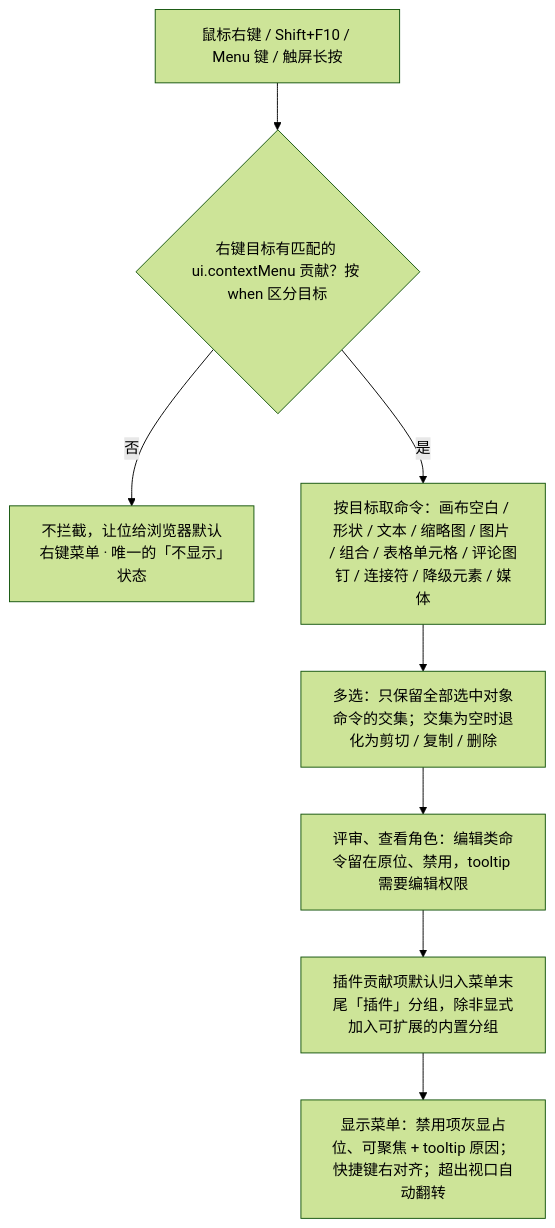
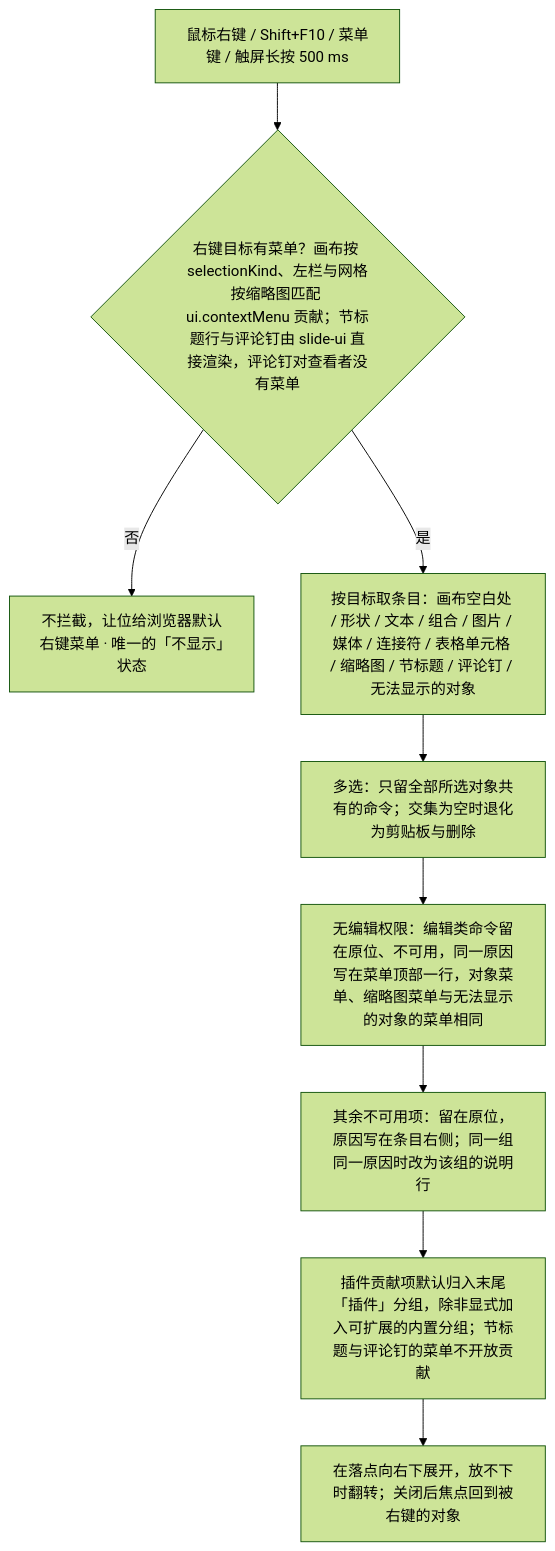
Before and after one commit to Xeonice/cordis-ppt-editor: the diagram in docs/20-design/03-screens/05-context-menu.md, drawn with Mermaid (forest theme). The commit also changed other lines of this file and 44 other files, not shown here.

````diff
--- a/docs/20-design/03-screens/05-context-menu.md
+++ b/docs/20-design/03-screens/05-context-menu.md
@@ -109,14 +418,15 @@
 ```mermaid
 flowchart TB
-  trig["鼠标右键 / Shift+F10 / Menu 键 / 触屏长按"]
-  match{"右键目标有匹配的 ui.contextMenu 贡献？按 when 区分目标"}
+  trig["鼠标右键 / Shift+F10 / 菜单键 / 触屏长按 500 ms"]
+  match{"右键目标有菜单？画布按 selectionKind、左栏与网格按缩略图匹配 ui.contextMenu 贡献；节标题行与评论钉由 slide-ui 直接渲染，评论钉对查看者没有菜单"}
   native["不拦截，让位给浏览器默认右键菜单 · 唯一的「不显示」状态"]
-  base["按目标取命令：画布空白 / 形状 / 文本 / 缩略图 / 图片 / 组合 / 表格单元格 / 评论图钉 / 连接符 / 降级元素 / 媒体"]
-  inter["多选：只保留全部选中对象命令的交集；交集为空时退化为剪切 / 复制 / 删除"]
-  ro["评审、查看角色：编辑类命令留在原位、禁用，tooltip 需要编辑权限"]
-  plug["插件贡献项默认归入菜单末尾「插件」分组，除非显式加入可扩展的内置分组"]
-  show["显示菜单：禁用项灰显占位、可聚焦 + tooltip 原因；快捷键右对齐；超出视口自动翻转"]
+  base["按目标取条目：画布空白处 / 形状 / 文本 / 组合 / 图片 / 媒体 / 连接符 / 表格单元格 / 缩略图 / 节标题 / 评论钉 / 无法显示的对象"]
+  inter["多选：只留全部所选对象共有的命令；交集为空时退化为剪贴板与删除"]
+  ro["无编辑权限：编辑类命令留在原位、不可用，同一原因写在菜单顶部一行，对象菜单、缩略图菜单与无法显示的对象的菜单相同"]
+  unavail["其余不可用项：留在原位，原因写在条目右侧；同一组同一原因时改为该组的说明行"]
+  plug["插件贡献项默认归入末尾「插件」分组，除非显式加入可扩展的内置分组；节标题与评论钉的菜单不开放贡献"]
+  show["在落点向右下展开，放不下时翻转；关闭后焦点回到被右键的对象"]
   trig --> match
   match -->|"否"| native
-  match -->|"是"| base --> inter --> ro --> plug --> show
+  match -->|"是"| base --> inter --> ro --> unavail --> plug --> show
 ```
````
